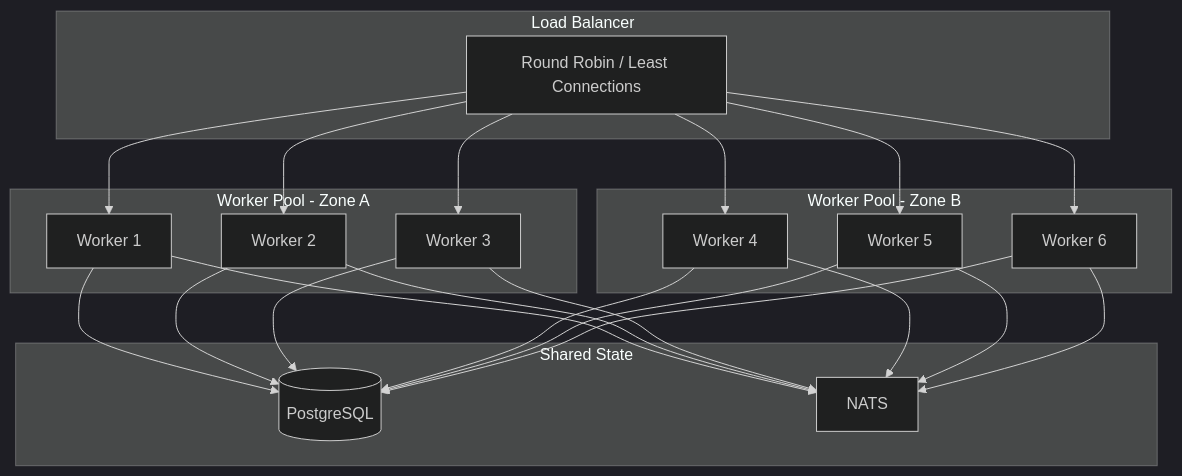
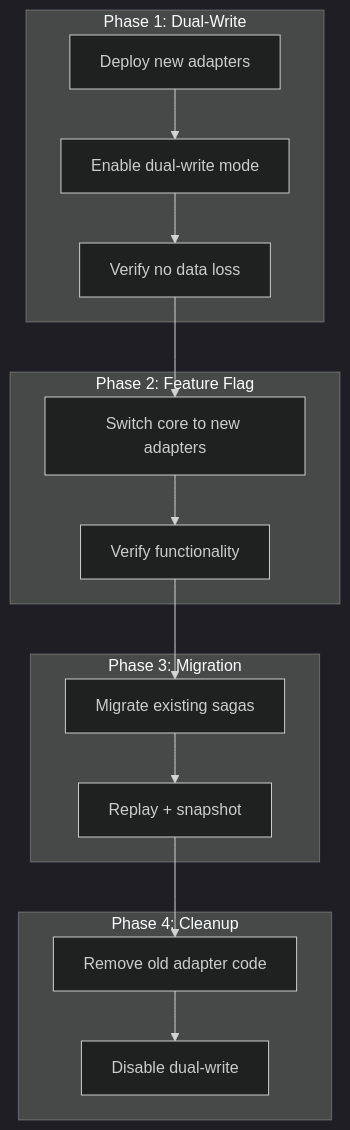
Diagram 20 of 20 in docs/manuales/SAGA_ENGINE_ARCHITECT_MANUAL_en.md (Rubentxu/hodei-jobs), drawn with Mermaid (dark theme) before and after one commit. The commit also changed other lines of this file and 7 other files, not shown here.

````diff
--- a/docs/manuales/SAGA_ENGINE_ARCHITECT_MANUAL_en.md
+++ b/docs/manuales/SAGA_ENGINE_ARCHITECT_MANUAL_en.md
@@ -518,44 +1091,22 @@
 ```mermaid
-graph TB
-    subgraph "Load Balancer"
-        LB[Round Robin / Least Connections]
+flowchart TD
+    subgraph "Phase 1: Dual-Write"
+        A[Deploy new adapters] --> B[Enable dual-write mode]
+        B --> C[Verify no data loss]
     end
     
-    subgraph "Worker Pool - Zone A"
-        W1[Worker 1]
-        W2[Worker 2]
-        W3[Worker 3]
+    subgraph "Phase 2: Feature Flag"
+        C --> D[Switch core to new adapters]
+        D --> E[Verify functionality]
     end
     
-    subgraph "Worker Pool - Zone B"
-        W4[Worker 4]
-        W5[Worker 5]
-        W6[Worker 6]
+    subgraph "Phase 3: Migration"
+        E --> F[Migrate existing sagas]
+        F --> G[Replay + snapshot]
     end
     
-    subgraph "Shared State"
-        PG[(PostgreSQL)]
-        NS[NATS]
+    subgraph "Phase 4: Cleanup"
+        G --> H[Remove old adapter code]
+        H --> I[Disable dual-write]
     end
-    
-    LB --> W1
-    LB --> W2
-    LB --> W3
-    LB --> W4
-    LB --> W5
-    LB --> W6
-    
-    W1 --> PG
-    W2 --> PG
-    W3 --> PG
-    W4 --> PG
-    W5 --> PG
-    W6 --> PG
-    
-    W1 --> NS
-    W2 --> NS
-    W3 --> NS
-    W4 --> NS
-    W5 --> NS
-    W6 --> NS
 ```
````
